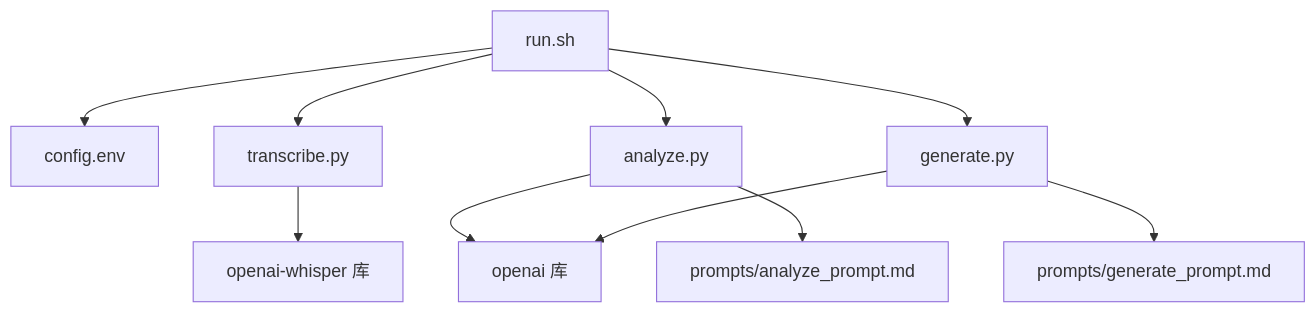
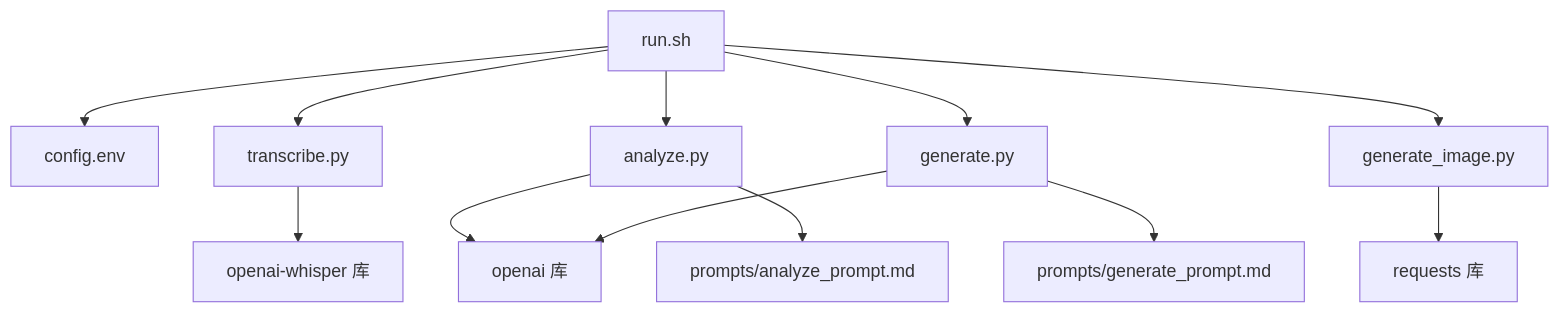
Before and after one commit to WongMingJiu/landingpage-test-hero-page: the seventh of 7 diagrams in .qoder/repowiki/zh/content/配置和定制/API配置.md, drawn with Mermaid. The commit also changed other lines of this file and 6 other files, not shown here.

First line of the commit message:
feat: 品牌logo固定素材 + 双参考图生图 + 输出平铺结构

````diff
--- a/.qoder/repowiki/zh/content/配置和定制/API配置.md
+++ b/.qoder/repowiki/zh/content/配置和定制/API配置.md
@@ -277,12 +353,14 @@
 ```mermaid
 graph TB
 R["run.sh"] --> C["config.env"]
 R --> T["transcribe.py"]
 R --> A["analyze.py"]
 R --> G["generate.py"]
+R --> GI["generate_image.py"]
 A --> O["openai 库"]
 G --> O
+GI --> REQ["requests 库"]
 T --> W["openai-whisper 库"]
 A --> P1["prompts/analyze_prompt.md"]
 G --> P2["prompts/generate_prompt.md"]
 ```
````
